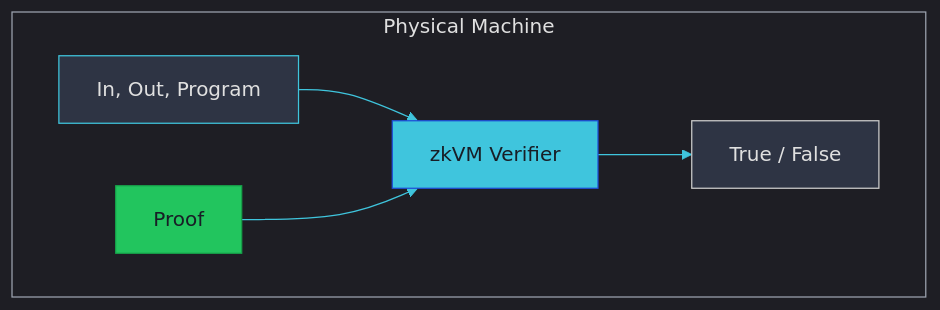
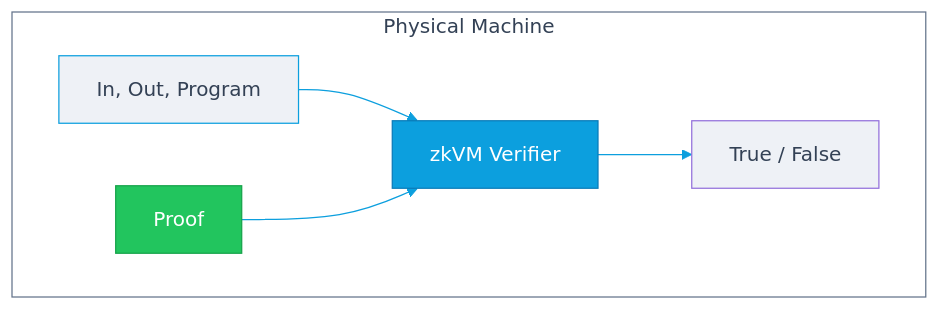
Before and after one commit to codygunton/talks-and-writing: the diagram in 2026-02-13-ethboulder/diagrams/zkvm-verifier.mmd, drawn with Mermaid. The commit also changed 11 other files, not shown here.

```diff
--- a/2026-02-13-ethboulder/diagrams/zkvm-verifier.mmd
+++ b/2026-02-13-ethboulder/diagrams/zkvm-verifier.mmd
@@ -1,16 +1,15 @@
-%%{init: {"theme": "dark", "themeVariables": {"primaryColor": "#2e3444", "primaryTextColor": "#e0e0e0", "lineColor": "#3fc5dd", "secondaryColor": "#282e3e"}}}%%
+%%{init: {"theme": "default", "themeVariables": {"primaryColor": "#eef1f6", "primaryTextColor": "#334155", "lineColor": "#0c9fde", "secondaryColor": "#f5f7fa"}}}%%
 flowchart LR
-    classDef io fill:#2e3444,stroke:#3fc5dd,color:#e0e0e0
-    classDef proc fill:#3fc5dd,stroke:#1d4ed8,color:#181e26
-    classDef proof fill:#22c55e,stroke:#16a34a,color:#181e26
-    classDef result fill:#2e3444,color:#e0e0e0
+    classDef io fill:#eef1f6,stroke:#0c9fde,color:#334155
+    classDef proc fill:#0c9fde,stroke:#0a7bb8,color:#ffffff
+    classDef proof fill:#22c55e,stroke:#16a34a,color:#ffffff
+    classDef result fill:#eef1f6,color:#334155
 
     subgraph Physical["Physical Machine"]
             direction LR
             Inputs["In, Out, Program"]:::io --> ZKV
             Proof:::proof --> ZKV[zkVM Verifier]:::proc
             ZKV --> Result["True / False"]:::result
     end
 
-    style Physical fill:none,stroke:#9ca3af,color:#e0e0e0
-    classDef proc fill:#3fc5dd,stroke:#1d4ed8,color:#181e26
+    style Physical fill:none,stroke:#64748b,color:#334155
```
